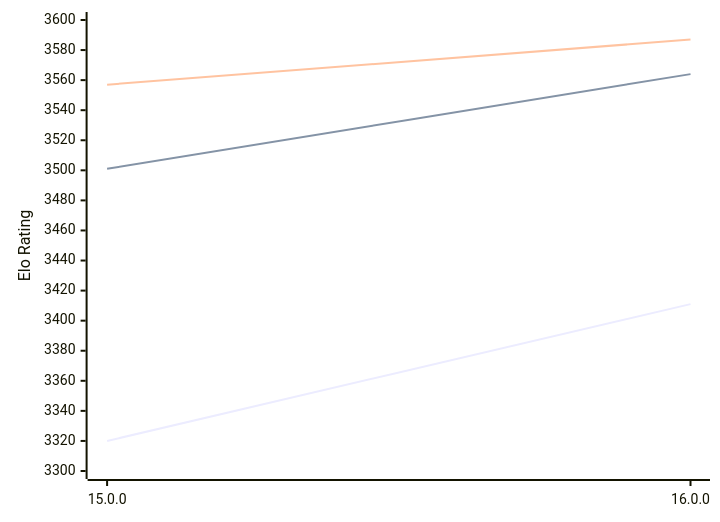
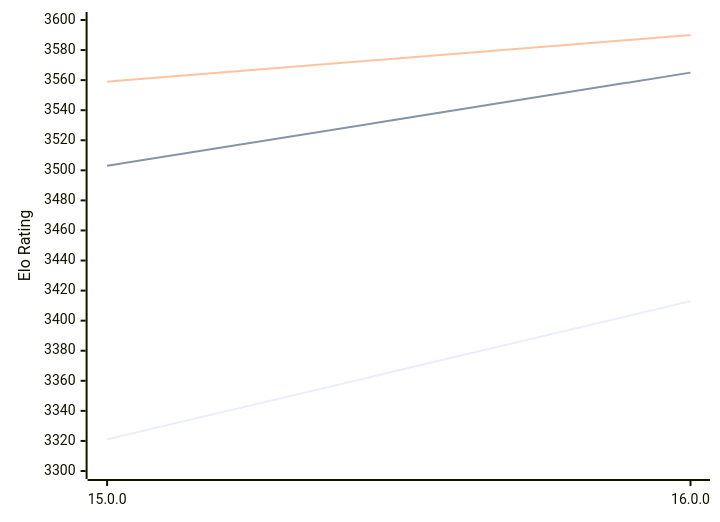
Before and after one commit to computer-chess-index/cci: the diagram in engines/Halogen.md, drawn with Mermaid. The commit also changed other lines of this file, not shown here.

Commit message:
Update CCI Ratings (ELO VLTC) - 2026-02-13

````diff
--- a/engines/Halogen.md
+++ b/engines/Halogen.md
@@ -47,9 +47,9 @@
 ```mermaid
 %%{init: {"theme":"base","themeVariables":{"seriesColors:['#a3a3a3','#222221','#faa371']}}}%%
 xychart-beta
   x-axis ["15.0.0", "16.0.0"]
   y-axis "Elo Rating" 3300 --> 3600
-  line "STC (8.0+0.08s)" [3320, 3411]
-  line "LTC (60.0+0.60s)" [3501, 3564]
-  line "VLTC (2m24s+1.12s)" [3557, 3587]
+  line "STC (8.0+0.08s)" [3321, 3413]
+  line "LTC (60.0+0.60s)" [3503, 3565]
+  line "VLTC (2m24s+1.12s)" [3559, 3590]
 ```
````
